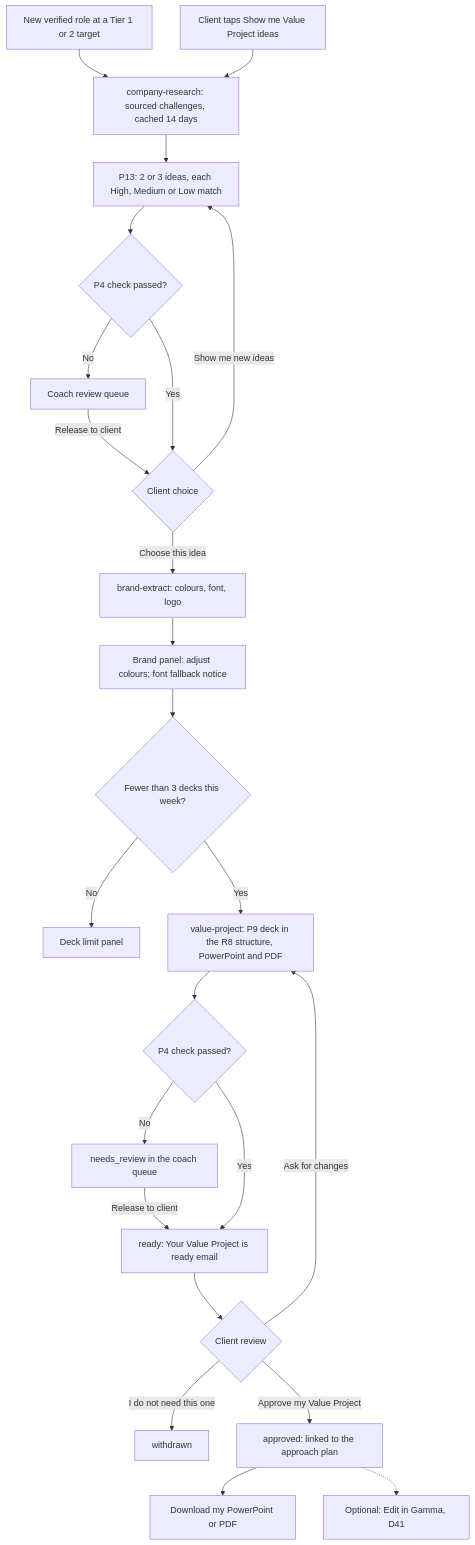
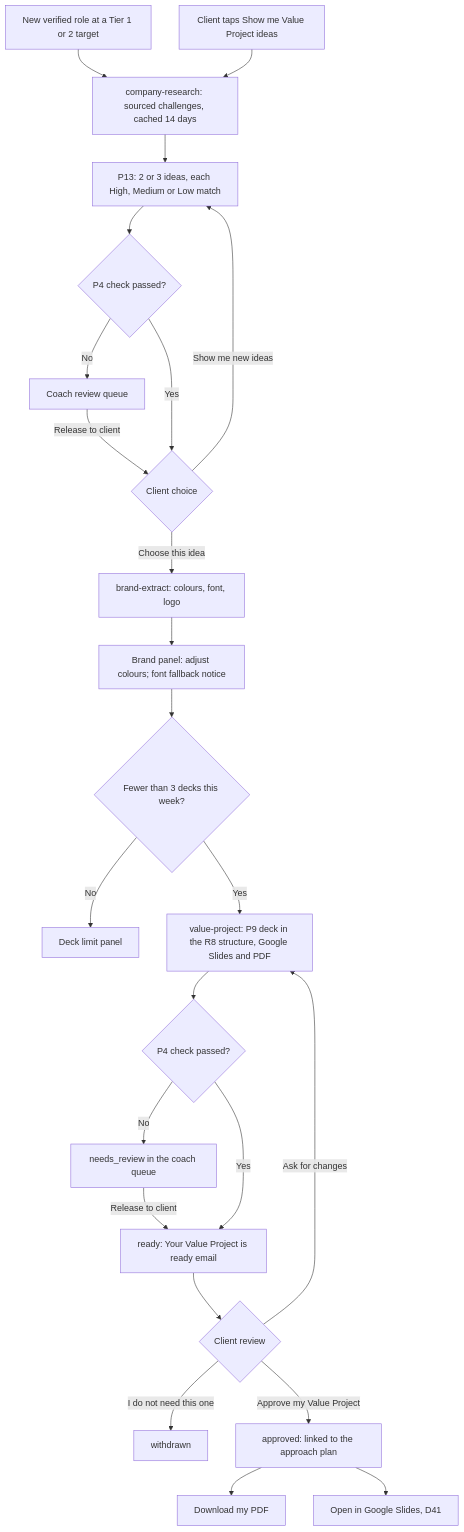
Before and after one commit to TalentFB/boost: the fourth of 5 diagrams in docs/app-flow.md, drawn with Mermaid. The commit also changed other lines of this file, not shown here.

First line of the commit message:
Apply D6 and D41 to App Flow

````diff
--- a/docs/app-flow.md
+++ b/docs/app-flow.md
@@ -607,26 +613,26 @@
 ```mermaid
 flowchart TD
   T1["New verified role at a Tier 1 or 2 target"] --> R["company-research: sourced challenges, cached 14 days"]
   T2["Client taps Show me Value Project ideas"] --> R
   R --> I["P13: 2 or 3 ideas, each High, Medium or Low match"]
   I --> P1{"P4 check passed?"}
   P1 -- No --> Q1["Coach review queue"]
   Q1 -- "Release to client" --> CH
   P1 -- Yes --> CH{"Client choice"}
   CH -- "Show me new ideas" --> I
   CH -- "Choose this idea" --> BX["brand-extract: colours, font, logo"]
   BX --> AD["Brand panel: adjust colours; font fallback notice"]
   AD --> LIM{"Fewer than 3 decks this week?"}
   LIM -- No --> WL["Deck limit panel"]
-  LIM -- Yes --> BD["value-project: P9 deck in the R8 structure, PowerPoint and PDF"]
+  LIM -- Yes --> BD["value-project: P9 deck in the R8 structure, Google Slides and PDF"]
   BD --> P2{"P4 check passed?"}
   P2 -- No --> Q2["needs_review in the coach queue"]
   Q2 -- "Release to client" --> RD
   P2 -- Yes --> RD["ready: Your Value Project is ready email"]
   RD --> REV{"Client review"}
   REV -- "Ask for changes" --> BD
   REV -- "I do not need this one" --> WD["withdrawn"]
   REV -- "Approve my Value Project" --> OK["approved: linked to the approach plan"]
-  OK --> DL["Download my PowerPoint or PDF"]
-  OK -.-> GM["Optional: Edit in Gamma, D41"]
+  OK --> DL["Download my PDF"]
+  OK --> GS["Open in Google Slides, D41"]
 ```
````
